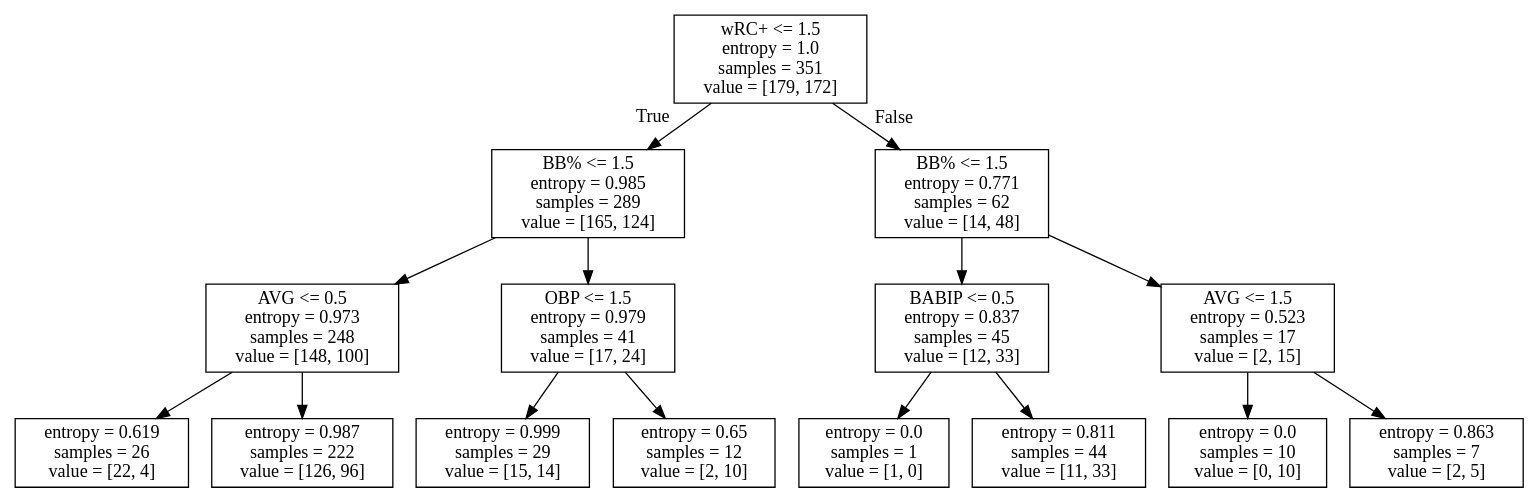
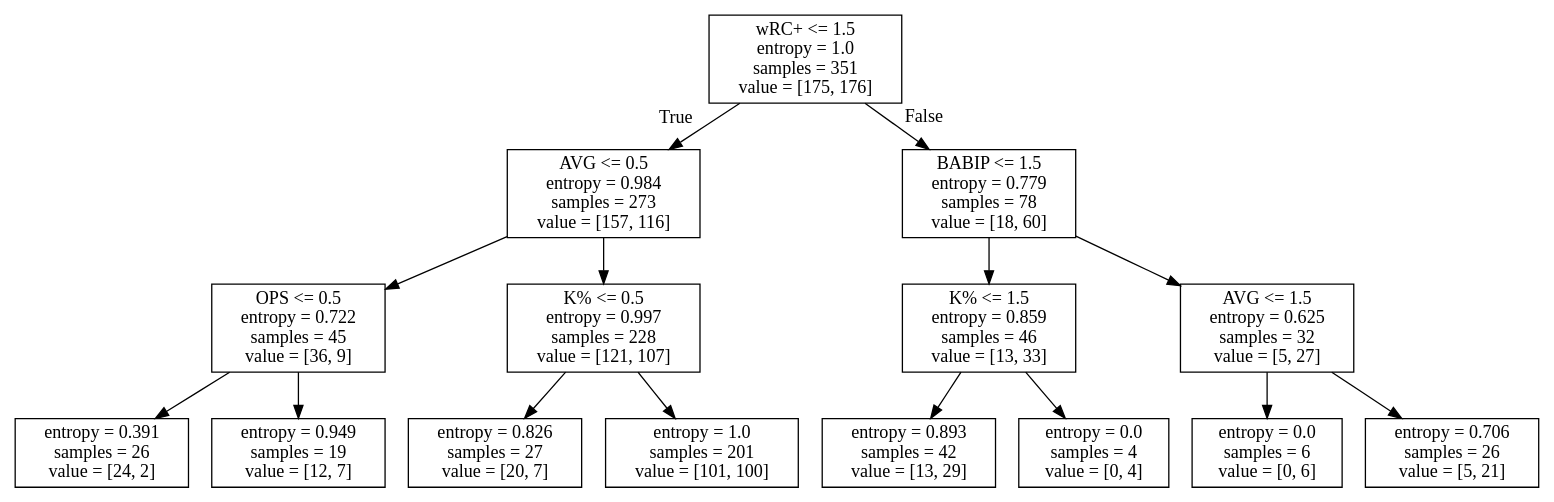
One commit to alexbrizius/ds_project changed the diagram in AAA_results/AAA_entropy_us.dot. Above: the diagram before and after it, drawn with Graphviz. The commit also changed 13 other files, not shown here.

```diff
--- a/AAA_results/AAA_entropy_us.dot
+++ b/AAA_results/AAA_entropy_us.dot
@@ -1,32 +1,32 @@
 digraph Tree {
 node [shape=box] ;
-0 [label="wRC+ <= 1.5\nentropy = 1.0\nsamples = 351\nvalue = [179, 172]"] ;
-1 [label="BB% <= 1.5\nentropy = 0.985\nsamples = 289\nvalue = [165, 124]"] ;
+0 [label="wRC+ <= 1.5\nentropy = 1.0\nsamples = 351\nvalue = [175, 176]"] ;
+1 [label="AVG <= 0.5\nentropy = 0.984\nsamples = 273\nvalue = [157, 116]"] ;
 0 -> 1 [labeldistance=2.5, labelangle=45, headlabel="True"] ;
-2 [label="AVG <= 0.5\nentropy = 0.973\nsamples = 248\nvalue = [148, 100]"] ;
+2 [label="OPS <= 0.5\nentropy = 0.722\nsamples = 45\nvalue = [36, 9]"] ;
 1 -> 2 ;
-3 [label="entropy = 0.619\nsamples = 26\nvalue = [22, 4]"] ;
+3 [label="entropy = 0.391\nsamples = 26\nvalue = [24, 2]"] ;
 2 -> 3 ;
-4 [label="entropy = 0.987\nsamples = 222\nvalue = [126, 96]"] ;
+4 [label="entropy = 0.949\nsamples = 19\nvalue = [12, 7]"] ;
 2 -> 4 ;
-5 [label="OBP <= 1.5\nentropy = 0.979\nsamples = 41\nvalue = [17, 24]"] ;
+5 [label="K% <= 0.5\nentropy = 0.997\nsamples = 228\nvalue = [121, 107]"] ;
 1 -> 5 ;
-6 [label="entropy = 0.999\nsamples = 29\nvalue = [15, 14]"] ;
+6 [label="entropy = 0.826\nsamples = 27\nvalue = [20, 7]"] ;
 5 -> 6 ;
-7 [label="entropy = 0.65\nsamples = 12\nvalue = [2, 10]"] ;
+7 [label="entropy = 1.0\nsamples = 201\nvalue = [101, 100]"] ;
 5 -> 7 ;
-8 [label="BB% <= 1.5\nentropy = 0.771\nsamples = 62\nvalue = [14, 48]"] ;
+8 [label="BABIP <= 1.5\nentropy = 0.779\nsamples = 78\nvalue = [18, 60]"] ;
 0 -> 8 [labeldistance=2.5, labelangle=-45, headlabel="False"] ;
-9 [label="BABIP <= 0.5\nentropy = 0.837\nsamples = 45\nvalue = [12, 33]"] ;
+9 [label="K% <= 1.5\nentropy = 0.859\nsamples = 46\nvalue = [13, 33]"] ;
 8 -> 9 ;
-10 [label="entropy = 0.0\nsamples = 1\nvalue = [1, 0]"] ;
+10 [label="entropy = 0.893\nsamples = 42\nvalue = [13, 29]"] ;
 9 -> 10 ;
-11 [label="entropy = 0.811\nsamples = 44\nvalue = [11, 33]"] ;
+11 [label="entropy = 0.0\nsamples = 4\nvalue = [0, 4]"] ;
 9 -> 11 ;
-12 [label="AVG <= 1.5\nentropy = 0.523\nsamples = 17\nvalue = [2, 15]"] ;
+12 [label="AVG <= 1.5\nentropy = 0.625\nsamples = 32\nvalue = [5, 27]"] ;
 8 -> 12 ;
-13 [label="entropy = 0.0\nsamples = 10\nvalue = [0, 10]"] ;
+13 [label="entropy = 0.0\nsamples = 6\nvalue = [0, 6]"] ;
 12 -> 13 ;
-14 [label="entropy = 0.863\nsamples = 7\nvalue = [2, 5]"] ;
+14 [label="entropy = 0.706\nsamples = 26\nvalue = [5, 21]"] ;
 12 -> 14 ;
 }
```
